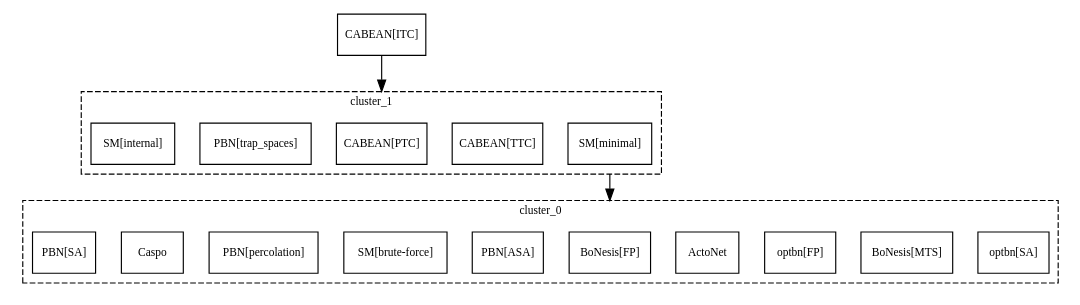
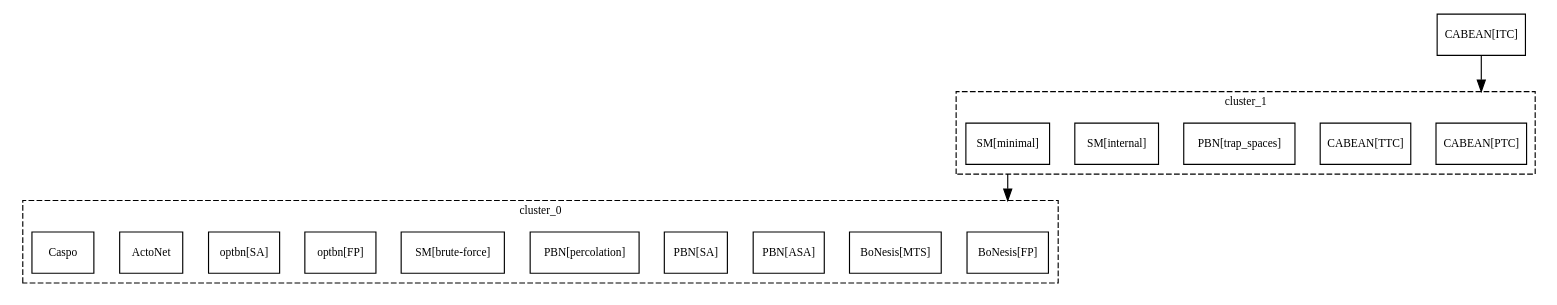
Before and after one commit to kalebmoon07/BN-control-taxonomy: the diagram in experiments/results/counterexamples/ce_yes_OI_no_OT/_graph_tred.dot, drawn with Graphviz. The commit also changed other lines of this file and 104 other files, not shown here.

```diff
--- a/experiments/results/counterexamples/ce_yes_OI_no_OT/_graph_tred.dot
+++ b/experiments/results/counterexamples/ce_yes_OI_no_OT/_graph_tred.dot
@@ -1,33 +1,33 @@
 strict digraph G {
 graph [fontsize=10, fontname=Verdana, compound=true];
 node [shape=record, fontsize=10, fontname=Verdana];
 graph [nodesep=0.3, ranksep=0.8];
 subgraph cluster_0 {
 label="cluster_0";
 graph [style=dashed, color=black];
+"BoNesis[FP]";
+"BoNesis[MTS]";
+"PBN[ASA]";
+"PBN[SA]";
+"PBN[percolation]";
+"SM[brute-force]";
+"optbn[FP]";
 "optbn[SA]";
-"BoNesis[MTS]";
-"optbn[FP]";
 ActoNet;
-"BoNesis[FP]";
-"PBN[ASA]";
-"SM[brute-force]";
-"PBN[percolation]";
 Caspo;
-"PBN[SA]";
 }
 
 subgraph cluster_1 {
 label="cluster_1";
 graph [style=dashed, color=black];
-"SM[minimal]";
+"CABEAN[PTC]";
 "CABEAN[TTC]";
-"CABEAN[PTC]";
 "PBN[trap_spaces]";
 "SM[internal]";
+"SM[minimal]";
 }
 
 "CABEAN[ITC]";
 "CABEAN[ITC]" -> "CABEAN[PTC]" [lhead="cluster_1"];
 "SM[minimal]" -> "BoNesis[FP]" [ltail="cluster_1", lhead="cluster_0"];
 }
```
